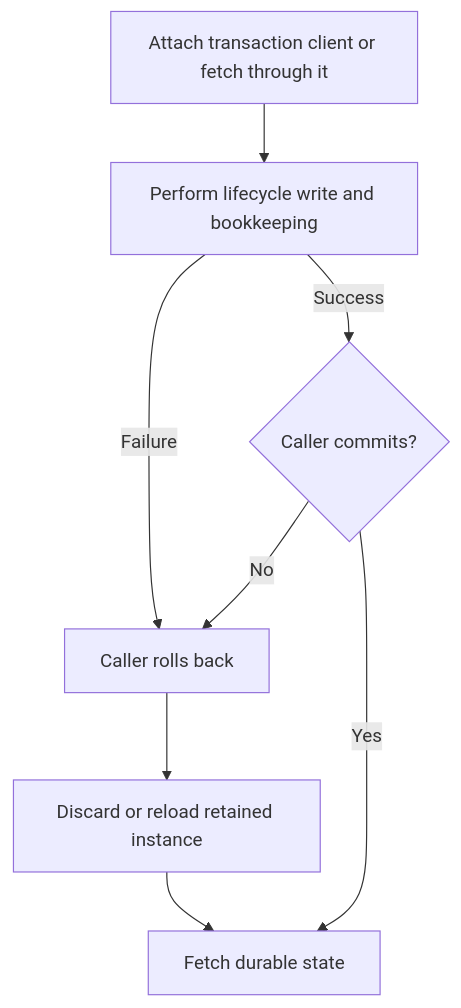
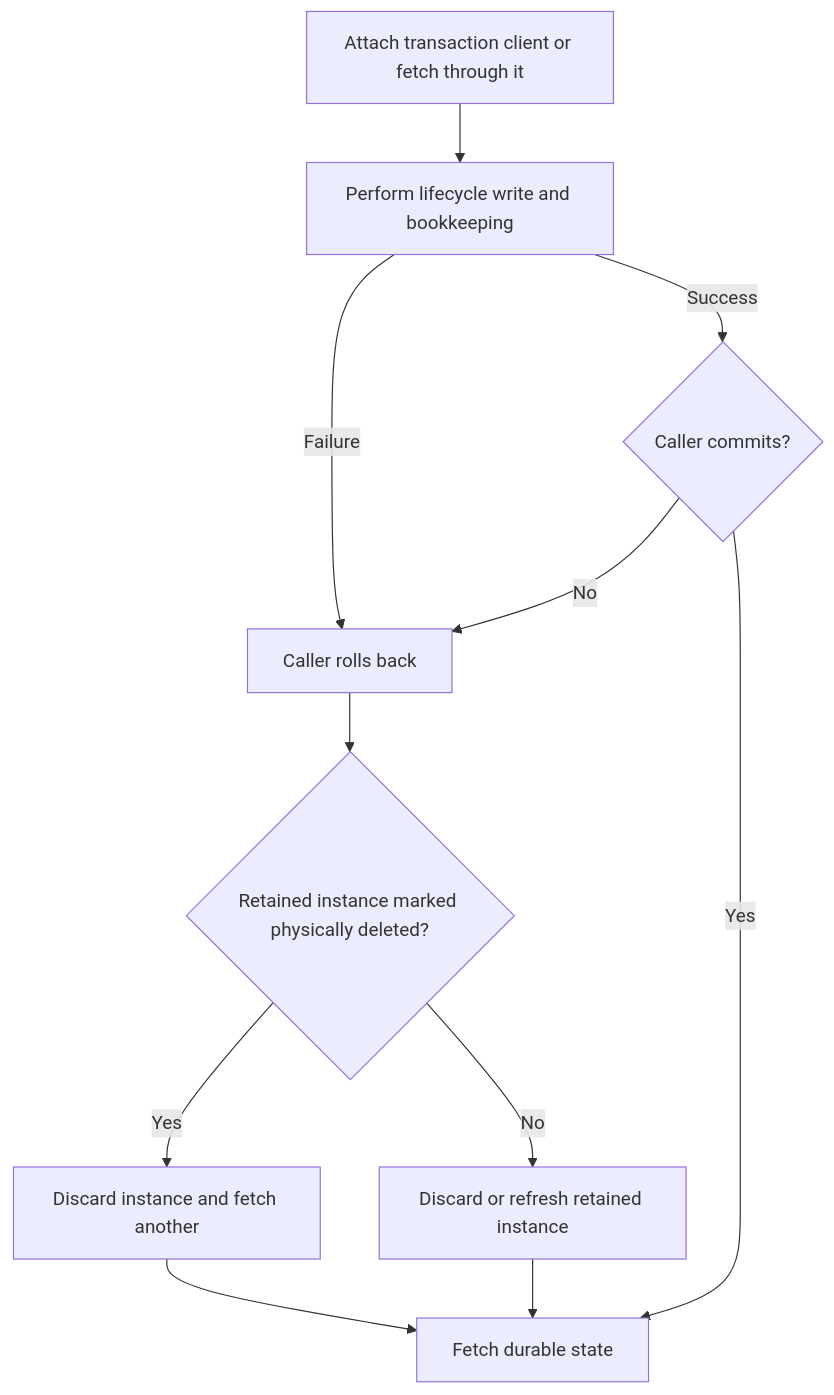
The second of 2 diagrams in user-stories/integration/us-app-11-transaction.md (Kevinjohn/oss-adonisjs-lucid-soft-delete), drawn with Mermaid before and after one commit. The commit also changed other lines of this file and 18 other files, not shown here.

````diff
--- a/user-stories/integration/us-app-11-transaction.md
+++ b/user-stories/integration/us-app-11-transaction.md
@@ -28,9 +28,11 @@
 ```mermaid
 flowchart TD
     A["Attach transaction client or fetch through it"] --> B["Perform lifecycle write and bookkeeping"]
     B -->|Failure| E["Caller rolls back"]
     B -->|Success| C{"Caller commits?"}
     C -->|No| E
     C -->|Yes| D["Fetch durable state"]
-    E --> F["Discard or reload retained instance"] --> D
+    E --> F{"Retained instance marked physically deleted?"}
+    F -->|Yes| G["Discard instance and fetch another"] --> D
+    F -->|No| H["Discard or refresh retained instance"] --> D
 ```
````
